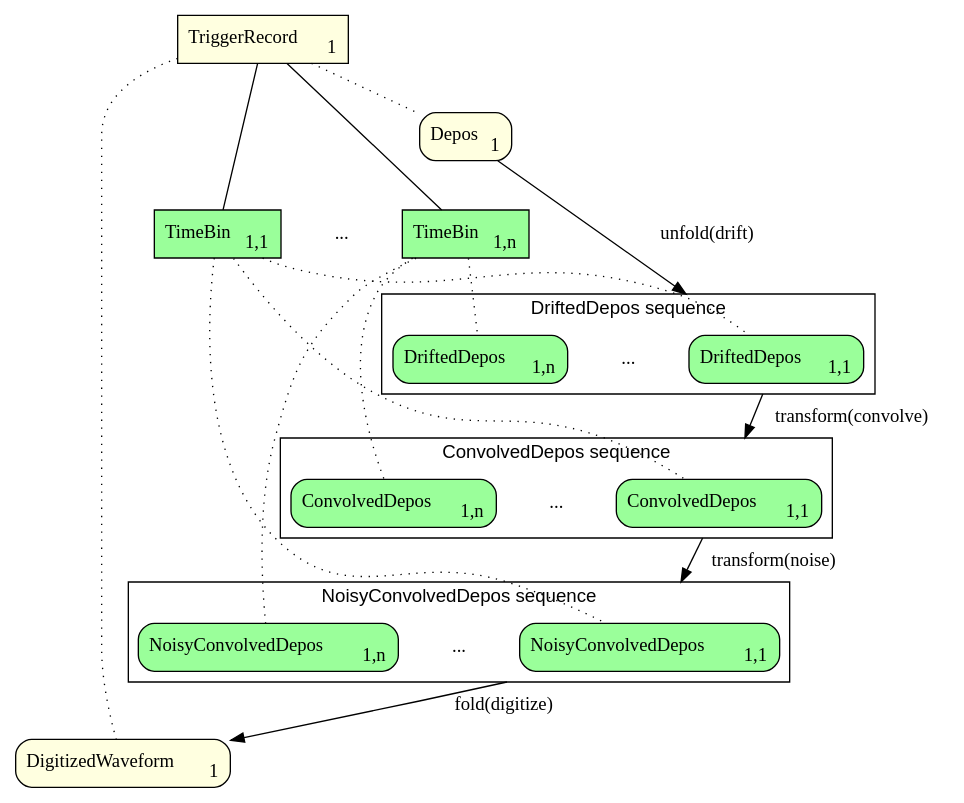
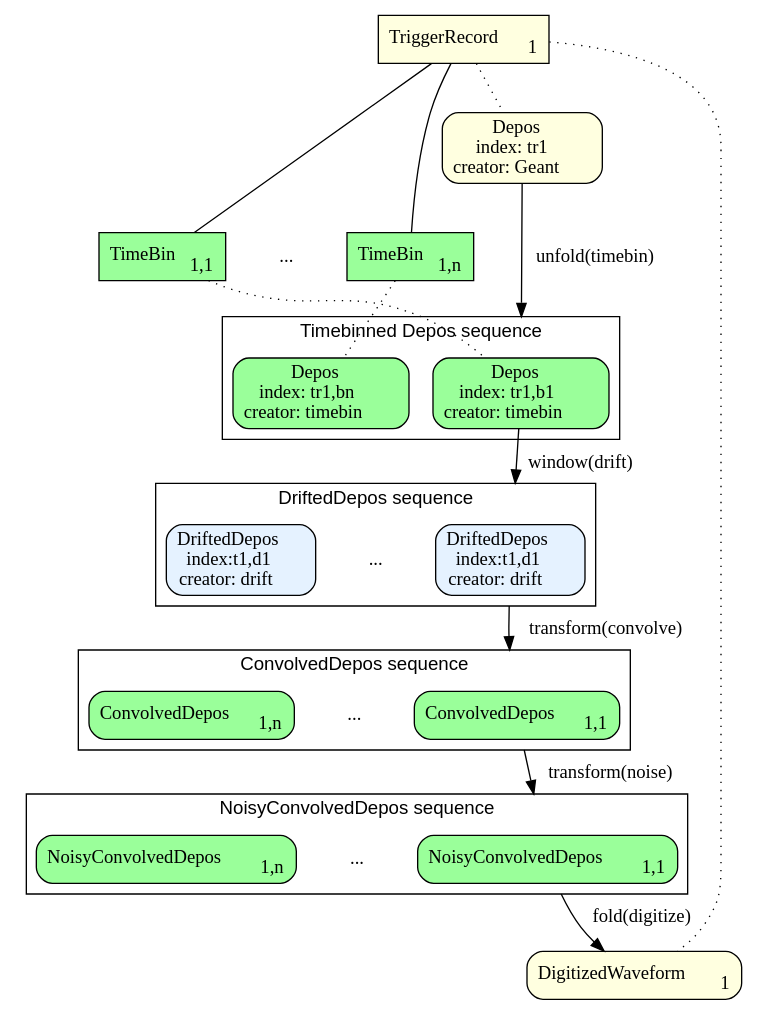
The diagram in workflows/wirecell-charge-waveform-sim.gv (Framework-R-D/phlex-design), drawn with Graphviz before and after one commit.

Commit message:
Updating diagram for new WireCell workflow

```diff
--- a/workflows/wirecell-charge-waveform-sim.gv
+++ b/workflows/wirecell-charge-waveform-sim.gv
@@ -1,73 +1,79 @@
 digraph g {
  fontname="sans-serif";
  compound=true;
 
  # All data product sets are in rectangular nodes
  node [shape=box, style=filled];
  tr1 [label=<TriggerRecord<sub>1</sub>>, fillcolor=lightyellow];
 
  subgraph cluster_tb{
   peripheries=0
   tb1 [label=<TimeBin<sub>1,1</sub>>, fillcolor=palegreen1];
   tbdots [label="...", shape=plaintext, style=rounded, margin=0]
   tb2 [label=<TimeBin<sub>1,n</sub>>, fillcolor=palegreen1];
  }
 
  # Data product sets are connected with data products by solid lines.
  edge [style=solid, arrowhead=none];
  tr1 -> tb1;
  tr1 -> tb2;
 
 
  # All data products are in rounded rectangle nodes
  node [shape=box, style="filled,rounded"]
 
  # TR-level products are yellow
  node [fillcolor=lightyellow]
- depos [label=<Depos<sub>1</sub>>]
+ depos [label=<Depos<br/>index: tr1<br/>creator: Geant>]
  dw [label=<DigitizedWaveform<sub>1</sub>>];
+ 
+ subgraph cluster_unfold_timebins {
+  label="Timebinned Depos sequence";
+  node [fillcolor=palegreen1];
+  tbd1 [label=<Depos<br/>index: tr1,b1<br/>creator: timebin>];
+  tbdots [label="...", shape=plaintext, style=rounded, margin=0]
+  tbdn [label=<Depos<br/>index: tr1,bn<br/>creator: timebin>];
+ }
 
  depos -> tb2 [style=invis]
 
  # TB-level products are palegreen1
  node [fillcolor=palegreen1]
 
   subgraph cluster_unfold {
    label="DriftedDepos sequence";
-   dd1 [label=<DriftedDepos<sub>1,1</sub>>];
+   node [fillcolor="0.583,0.1,1.0"];
+   dd1 [label=<DriftedDepos<br/>index:t1,d1<br/>creator: drift>];
    ddots [label="...", shape=plaintext, style=rounded, margin=0]
-   ddn [label=<DriftedDepos<sub>1,n</sub>>];
- }
+   ddn [label=<DriftedDepos<br/>index:t1,d1<br/>creator: drift>];
+  }
 
   subgraph cluster_conv {
     label="ConvolvedDepos sequence";
     cd1 [label=<ConvolvedDepos<sub>1,1</sub>>];
     cdots [label="...", shape=plaintext, style=rounded, margin=0]
     cdn [label=<ConvolvedDepos<sub>1,n</sub>>];
   }
 
  subgraph cluster_noise {
    label="NoisyConvolvedDepos sequence";
    ncd1 [label=<NoisyConvolvedDepos<sub>1,1</sub>>];
    ndots [label="...", shape=plaintext, style=rounded, margin=0]
    ncdn [label=<NoisyConvolvedDepos<sub>1,n</sub>>];
  }
 
  # Data products are connected with data product sets by dotted lines.
  edge [style=dotted, arrowhead=none];
  tr1 -> depos;
- tb1 -> dd1;
- tb2 -> ddn;
- tb1 -> cd1;
- tb2 -> cdn;
- tb1 -> ncd1;
- tb2 -> ncdn;
+ tb1 -> tbd1;
+ tb2 -> tbdn;
  tr1 -> dw;
 
  # Algorithms creating data products are indicated by arrows with solid lines.
  edge [style=solid, arrowhead=normal];
- depos -> dd1 [label="unfold(drift)", lhead=cluster_unfold];
+ depos -> tbd1 [label="unfold(timebin)", lhead=cluster_unfold_timebins];
+ tbd1 -> dd1 [label="window(drift)", lhead=cluster_unfold];
  dd1 -> cd1 [label="transform(convolve)", ltail=cluster_unfold, lhead=cluster_conv];
  cd1 -> ncd1 [label="transform(noise)", ltail=cluster_conv, lhead=cluster_noise];
  ncd1 -> dw [label="fold(digitize)", ltail=cluster_noise];
 }
```
